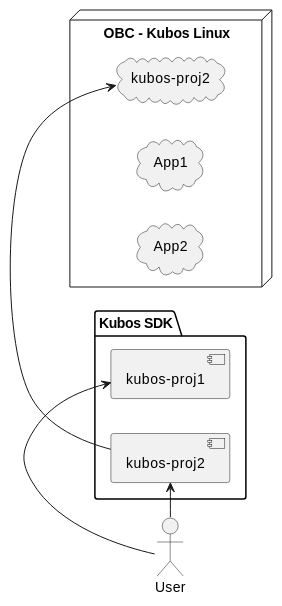
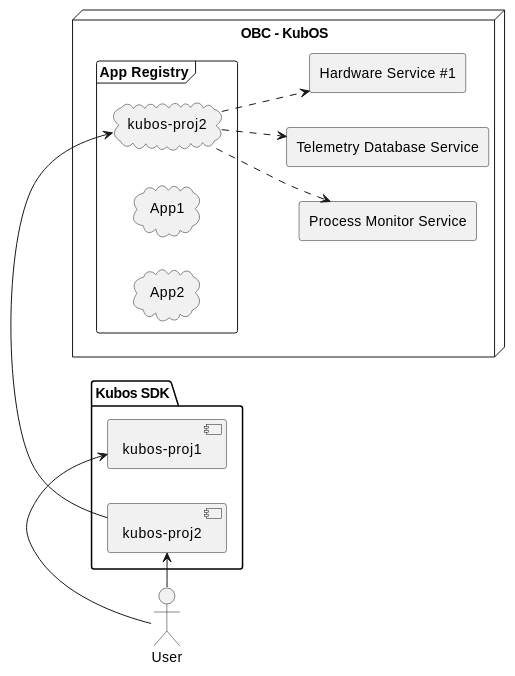
Before and after one commit to kubos/kubos: the diagram in docs/tutorials/index.rst, drawn with PlantUML. The commit also changed other lines of this file and 13 other files, not shown here.

Commit message:
Updating basic overview graph and doc links

```diff
--- a/docs/tutorials/index.rst
+++ b/docs/tutorials/index.rst
@@ -6,23 +10,32 @@
 .. uml::
 
     @startuml
     left to right direction
     
     actor User
     
     folder "Kubos SDK" {
         [kubos-proj1] as proj1
         [kubos-proj2] as proj2
     }
     
-    node "OBC - Kubos Linux" {
-        cloud "kubos-proj2" as application
-        cloud "App1"
-        cloud "App2"
+    node "OBC - KubOS" {
+        frame "App Registry" {
+            cloud "kubos-proj2" as application
+            cloud "App1"
+            cloud "App2"
+        }
+        
+        rectangle "Process Monitor Service" as monitor
+        rectangle "Telemetry Database Service" as telemdb
+        rectangle "Hardware Service #1" as hw1
     } 
     
     User -> proj1
     proj2 -> application
     User -> proj2
+    application ..> monitor
+    application ..> telemdb
+    application ..> hw1
     
     @enduml
```
